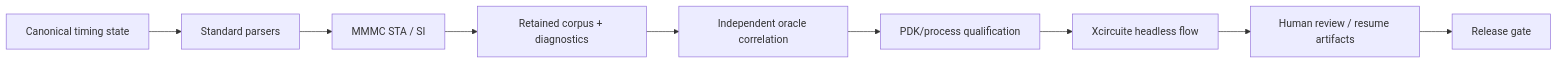
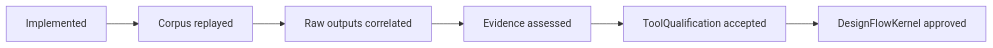
One commit to 1amageek/TimingEngine changed the diagram in MILESTONES.md. Above: the diagram before and after it, drawn with Mermaid. The commit also changed other lines of this file and 43 other files, not shown here.

Commit message:
Replace timing qualification with evidence assessment

````diff
--- a/MILESTONES.md
+++ b/MILESTONES.md
@@ -7,11 +5,8 @@
 ```mermaid
 flowchart LR
-    Canonical["Canonical timing state"] --> Parse["Standard parsers"]
-    Parse --> Analyze["MMMC STA / SI"]
-    Analyze --> Evidence["Retained corpus + diagnostics"]
-    Evidence --> Correlate["Independent oracle correlation"]
-    Correlate --> Qualify["PDK/process qualification"]
-    Qualify --> Headless["Xcircuite headless flow"]
-    Headless --> Review["Human review / resume artifacts"]
-    Review --> Release["Release gate"]
+    Implemented --> Replayed["Corpus replayed"]
+    Replayed --> Correlated["Raw outputs correlated"]
+    Correlated --> Assessed["Evidence assessed"]
+    Assessed --> Qualified["ToolQualification accepted"]
+    Qualified --> Approved["DesignFlowKernel approved"]
 ```
````
